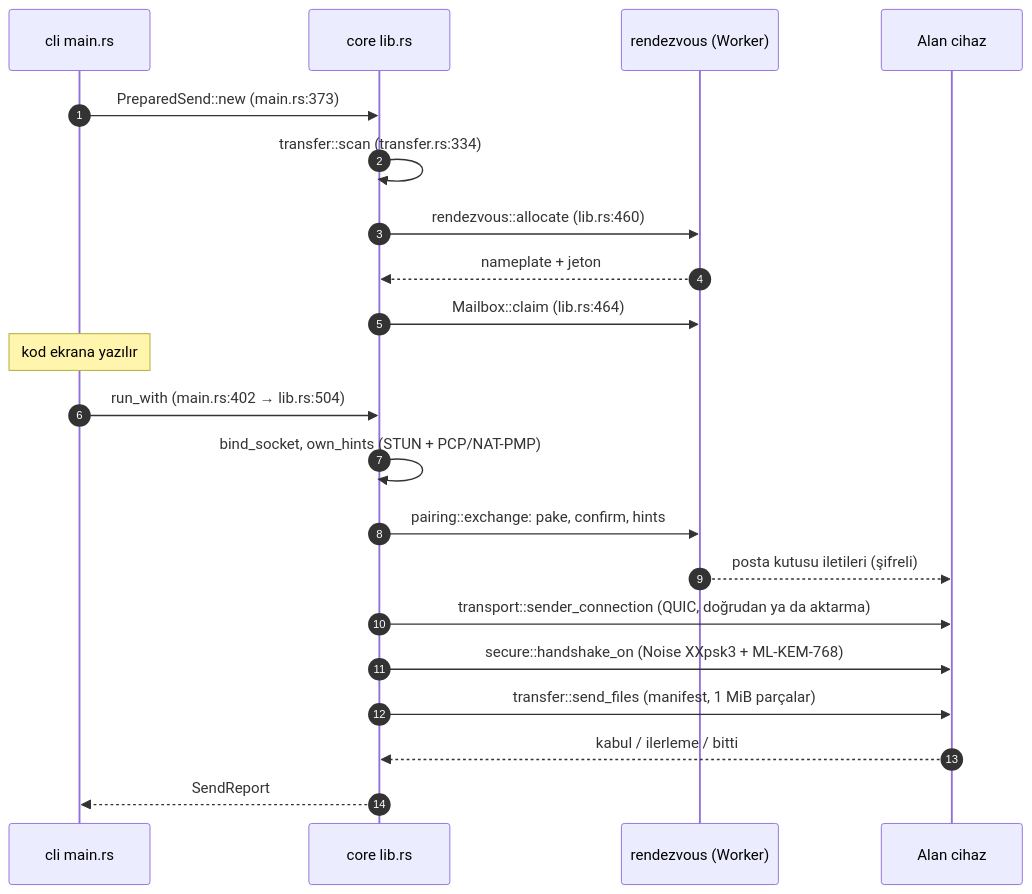
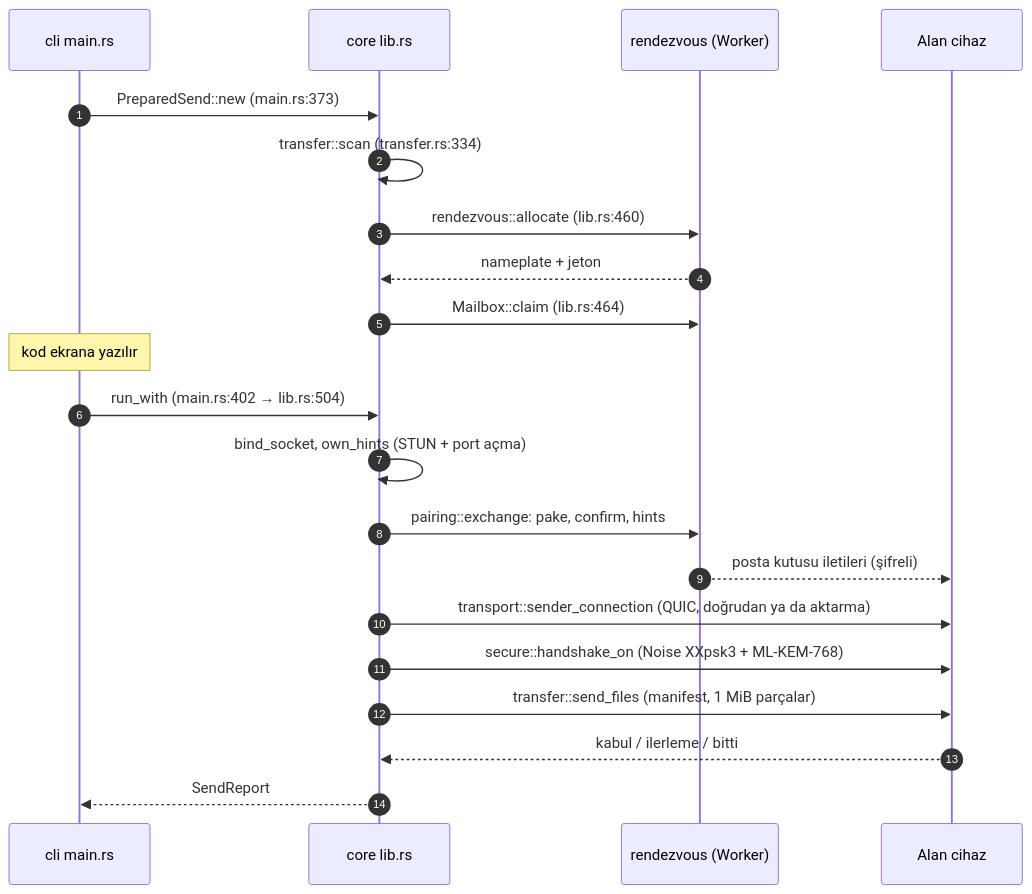
One commit to totaldrop-app/totaldrop changed the third of 3 diagrams in docs/ARCHITECTURE.md. Above: the diagram before and after it, drawn with Mermaid. The commit also changed other lines of this file and 1 other file, not shown here.

First line of the commit message:
docs: bring the architecture map up to main 03235a6 (#431)

````diff
--- a/docs/ARCHITECTURE.md
+++ b/docs/ARCHITECTURE.md
@@ -163,23 +166,23 @@
 ```mermaid
 sequenceDiagram
   autonumber
   participant CLI as cli main.rs
   participant LIB as core lib.rs
   participant RZ as rendezvous (Worker)
   participant PEER as Alan cihaz
   CLI->>LIB: PreparedSend::new (main.rs:373)
   LIB->>LIB: transfer::scan (transfer.rs:334)
   LIB->>RZ: rendezvous::allocate (lib.rs:460)
   RZ-->>LIB: nameplate + jeton
   LIB->>RZ: Mailbox::claim (lib.rs:464)
   Note over CLI: kod ekrana yazılır
   CLI->>LIB: run_with (main.rs:402 → lib.rs:504)
-  LIB->>LIB: bind_socket, own_hints (STUN + PCP/NAT-PMP)
+  LIB->>LIB: bind_socket, own_hints (STUN + port açma)
   LIB->>RZ: pairing::exchange: pake, confirm, hints
   RZ-->>PEER: posta kutusu iletileri (şifreli)
   LIB->>PEER: transport::sender_connection (QUIC, doğrudan ya da aktarma)
   LIB->>PEER: secure::handshake_on (Noise XXpsk3 + ML-KEM-768)
   LIB->>PEER: transfer::send_files (manifest, 1 MiB parçalar)
   PEER-->>LIB: kabul / ilerleme / bitti
   LIB-->>CLI: SendReport
 ```
````
